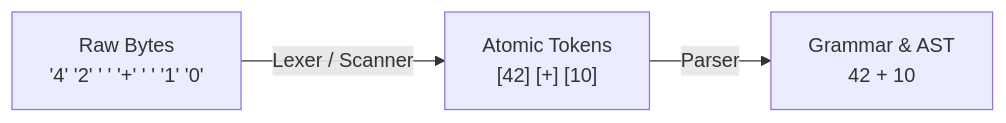
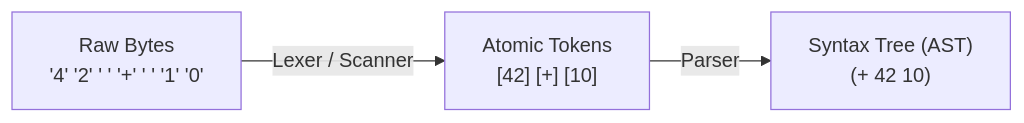
The diagram in llvm/docs/tutorial/kaleidoscope/01-lexer/01-first-token.md (kaladron/llvm-project), drawn with Mermaid before and after one commit. The commit also changed other lines of this file, not shown here.

Commit message:
[docs][NFC] Use AST prefix notation in Step 1.1 Mermaid diagram
The pipeline diagram in Step 1.1 previously rendered the parser output
box as raw infix text ("42 + 10"), which looked identical to the
original source text.

This updates the diagram node to display "(+ 42 10)", clarifying that
the parser transforms the linear stream of tokens into a tree where
the operator governs its operand children.

````diff
--- a/llvm/docs/tutorial/kaleidoscope/01-lexer/01-first-token.md
+++ b/llvm/docs/tutorial/kaleidoscope/01-lexer/01-first-token.md
@@ -62,5 +62,5 @@
 ```mermaid
 flowchart LR
     Bytes["Raw Bytes<br>'4' '2' ' ' '+' ' ' '1' '0'"] -->|Lexer / Scanner| Tokens["Atomic Tokens<br>[42]  [+]  [10]"]
-    Tokens -->|Parser| Ast["Grammar & AST<br>42 + 10"]
+    Tokens -->|Parser| Ast["Syntax Tree (AST)<br>(+ 42 10)"]
 ```
````
